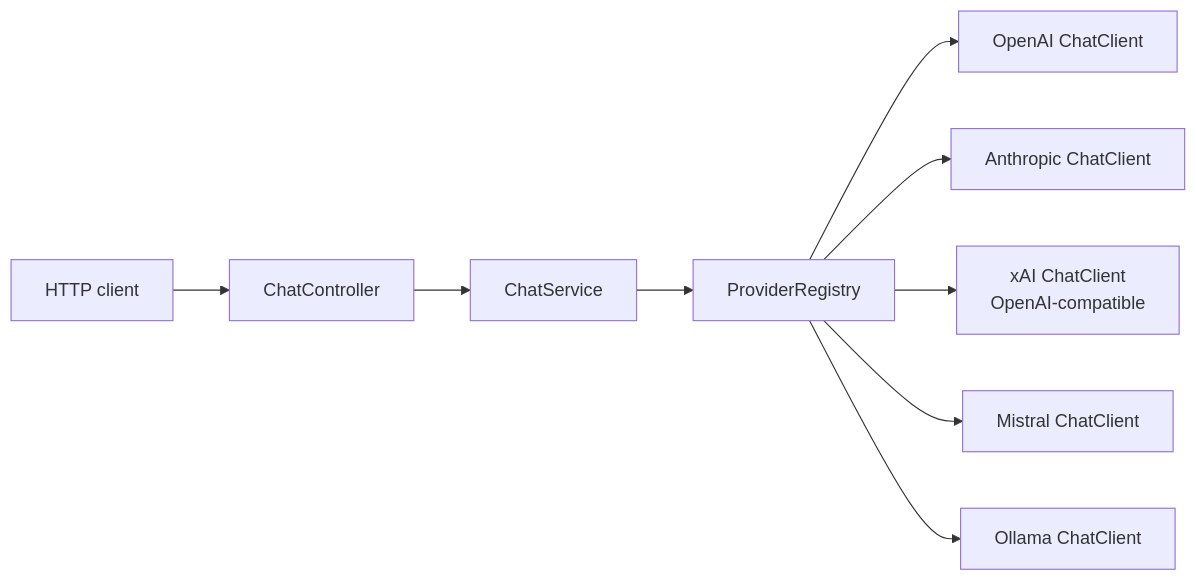
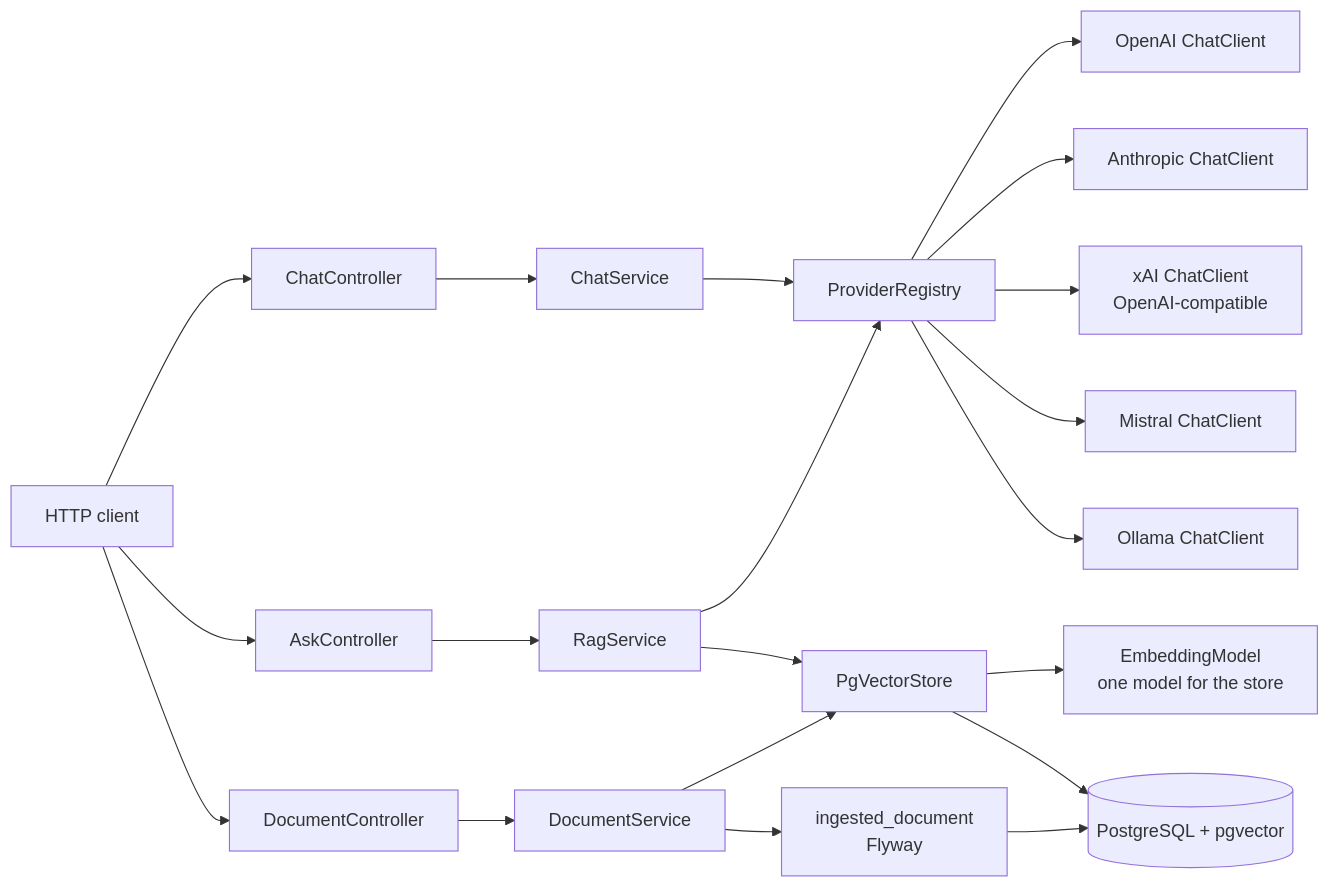
The first of 4 diagrams in README.md (micha1805/spring-ai-llm-gateway), drawn with Mermaid before and after one commit. The commit also changed other lines of this file and 60 other files, not shown here.

First line of the commit message:
Add a pgvector RAG assistant alongside the chat gateway.

````diff
--- a/README.md
+++ b/README.md
@@ -34,11 +44,22 @@
 ```mermaid
 flowchart LR
     Client["HTTP client"] --> API["ChatController"]
+    Client --> Docs["DocumentController"]
+    Client --> Ask["AskController"]
     API --> Svc["ChatService"]
     Svc --> Reg["ProviderRegistry"]
+    Docs --> Ingest["DocumentService"]
+    Ask --> Rag["RagService"]
+    Rag --> Store["PgVectorStore"]
+    Ingest --> Store
+    Ingest --> Catalog["ingested_document<br/>Flyway"]
+    Store --> Emb["EmbeddingModel<br/>one model for the store"]
+    Store --> PG[("PostgreSQL + pgvector")]
+    Catalog --> PG
+    Rag --> Reg
     Reg --> OAI["OpenAI ChatClient"]
     Reg --> Ant["Anthropic ChatClient"]
     Reg --> Grok["xAI ChatClient<br/>OpenAI-compatible"]
     Reg --> Mis["Mistral ChatClient"]
     Reg --> Oll["Ollama ChatClient"]
 ```
````
